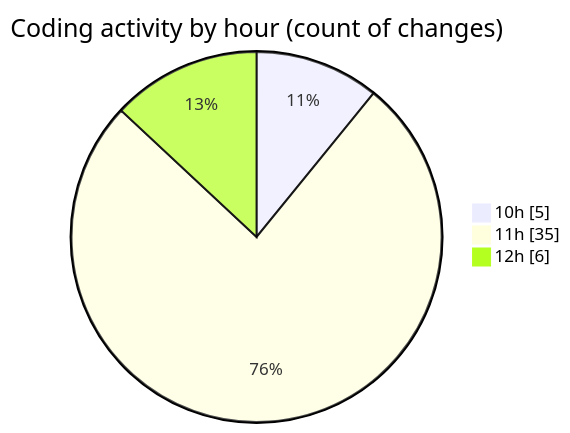
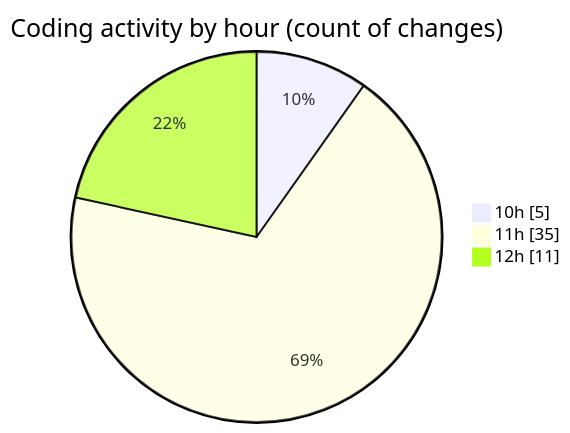
One commit to nxtqubesakshisongat/code-tracking changed the second of 2 diagrams in 2025-09-23/nxtqube_webapp/README.md. Above: the diagram before and after it, drawn with Mermaid. The commit also changed other lines of this file and 1 other file, not shown here.

````diff
--- a/2025-09-23/nxtqube_webapp/README.md
+++ b/2025-09-23/nxtqube_webapp/README.md
@@ -32,7 +32,7 @@
 ```mermaid
 pie showData
 title Coding activity by hour (count of changes)
 "10h" : 5
 "11h" : 35
-"12h" : 6
+"12h" : 11
 ```
````
